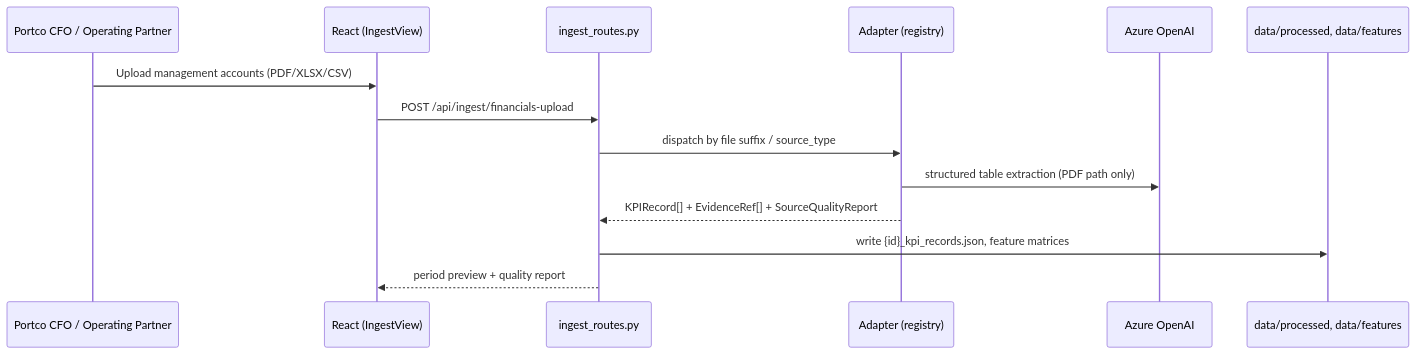
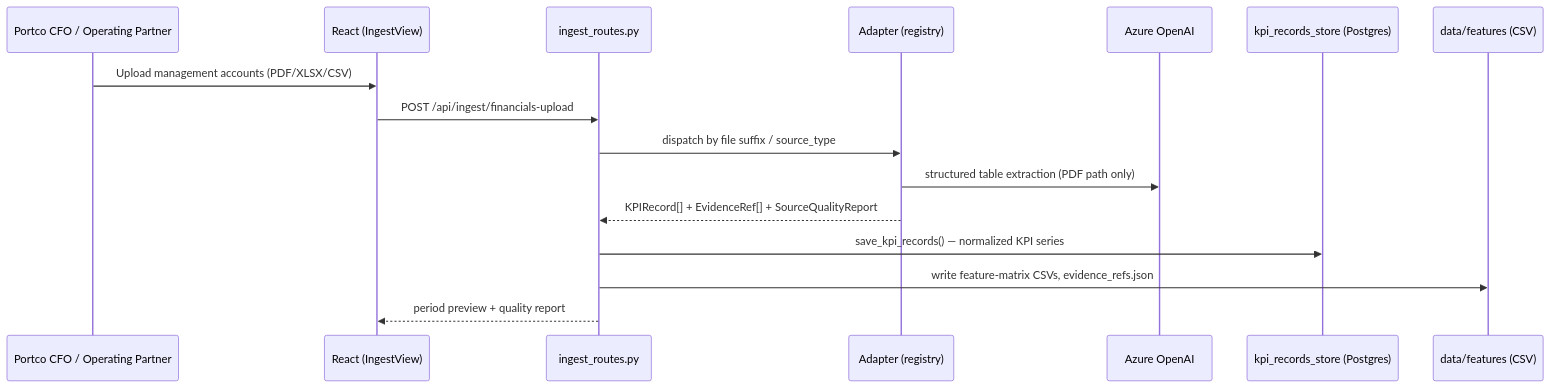
Before and after one commit to Hoarderr69/pe-vc-copilottt: the third of 6 diagrams in Architecture.md, drawn with Mermaid. The commit also changed other lines of this file and 24 other files, not shown here.

````diff
--- a/Architecture.md
+++ b/Architecture.md
@@ -259,17 +274,19 @@
 ```mermaid
 sequenceDiagram
     participant U as Portco CFO / Operating Partner
     participant FE as React (IngestView)
     participant API as ingest_routes.py
     participant AD as Adapter (registry)
     participant AOAI as Azure OpenAI
-    participant FS as data/processed, data/features
+    participant KS as kpi_records_store (Postgres)
+    participant FS as data/features (CSV)
 
     U->>FE: Upload management accounts (PDF/XLSX/CSV)
     FE->>API: POST /api/ingest/financials-upload
     API->>AD: dispatch by file suffix / source_type
     AD->>AOAI: structured table extraction (PDF path only)
     AD-->>API: KPIRecord[] + EvidenceRef[] + SourceQualityReport
-    API->>FS: write {id}_kpi_records.json, feature matrices
+    API->>KS: save_kpi_records() — normalized KPI series
+    API->>FS: write feature-matrix CSVs, evidence_refs.json
     API-->>FE: period preview + quality report
 ```
````
